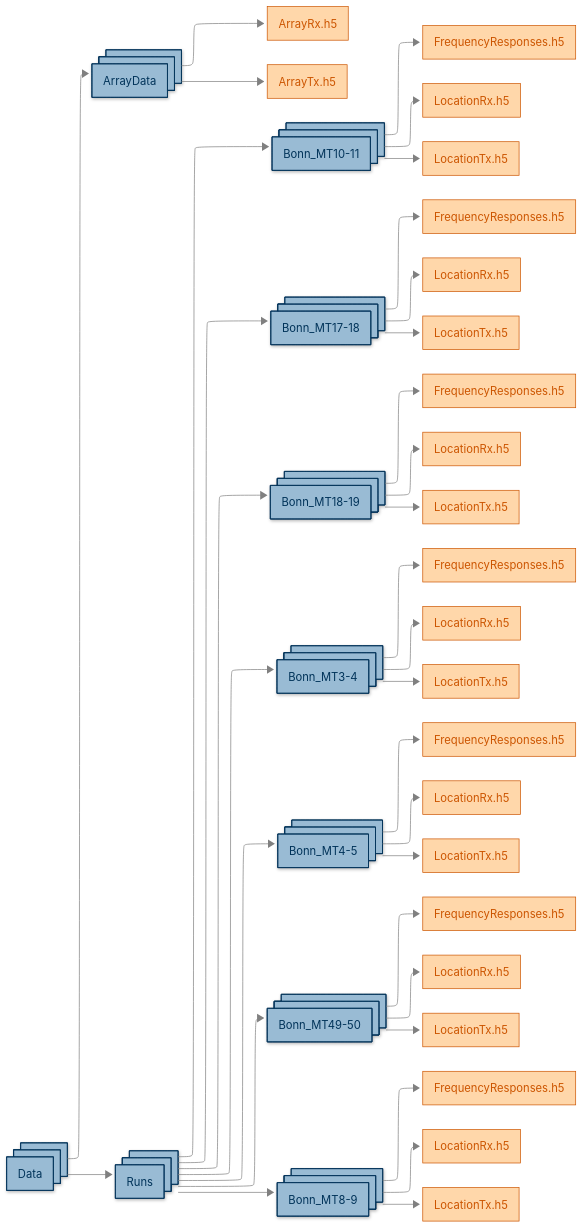
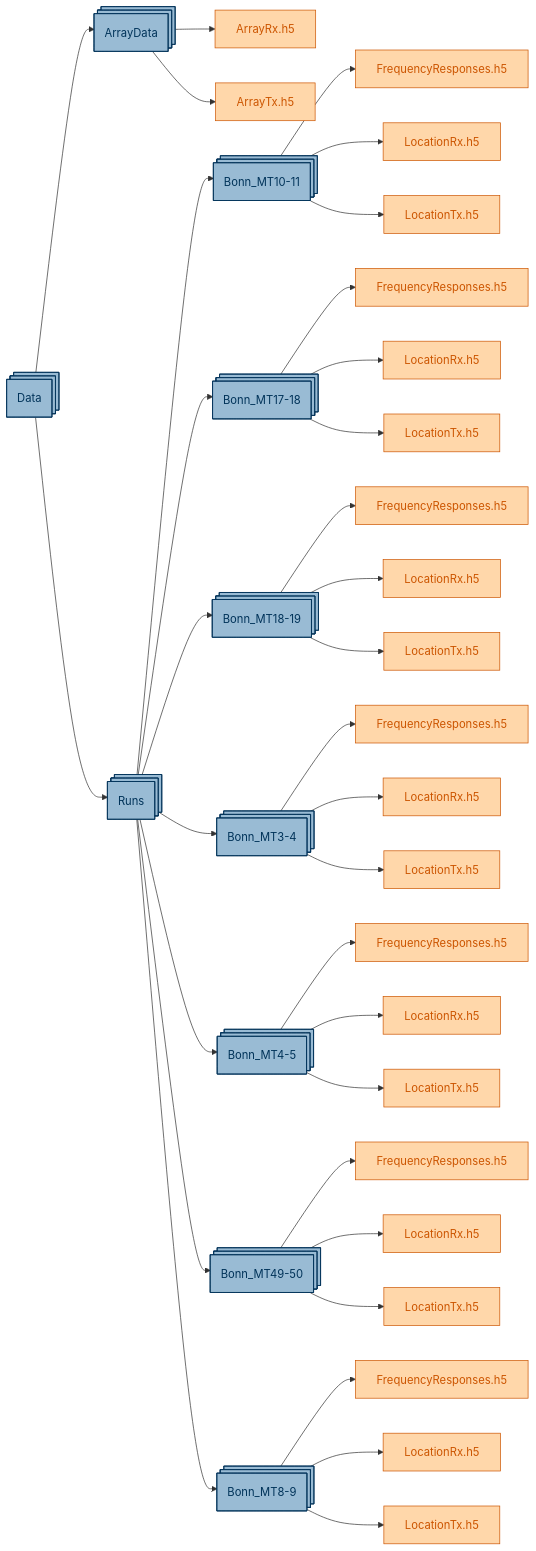
One commit to EMS-TU-Ilmenau/EMS-TU-Ilmenau.github.io changed the diagram in content/dataset/fyoris/index.md. Above: the diagram before and after it, drawn with Mermaid.

Commit message:
config block deleted

````diff
--- a/content/dataset/fyoris/index.md
+++ b/content/dataset/fyoris/index.md
@@ -39,13 +39,4 @@
 ```mermaid
----
-config:
-  theme: neutral
-  look: neo
-  themeVariables:
-    lineColor: gray
-  layout: elk
----
-
 flowchart LR
 _scratch_som_ReFoDat_Fyoris_Data@{label: "Data", shape: procs}
 _scratch_som_ReFoDat_Fyoris_Data:::colorGroup
````
